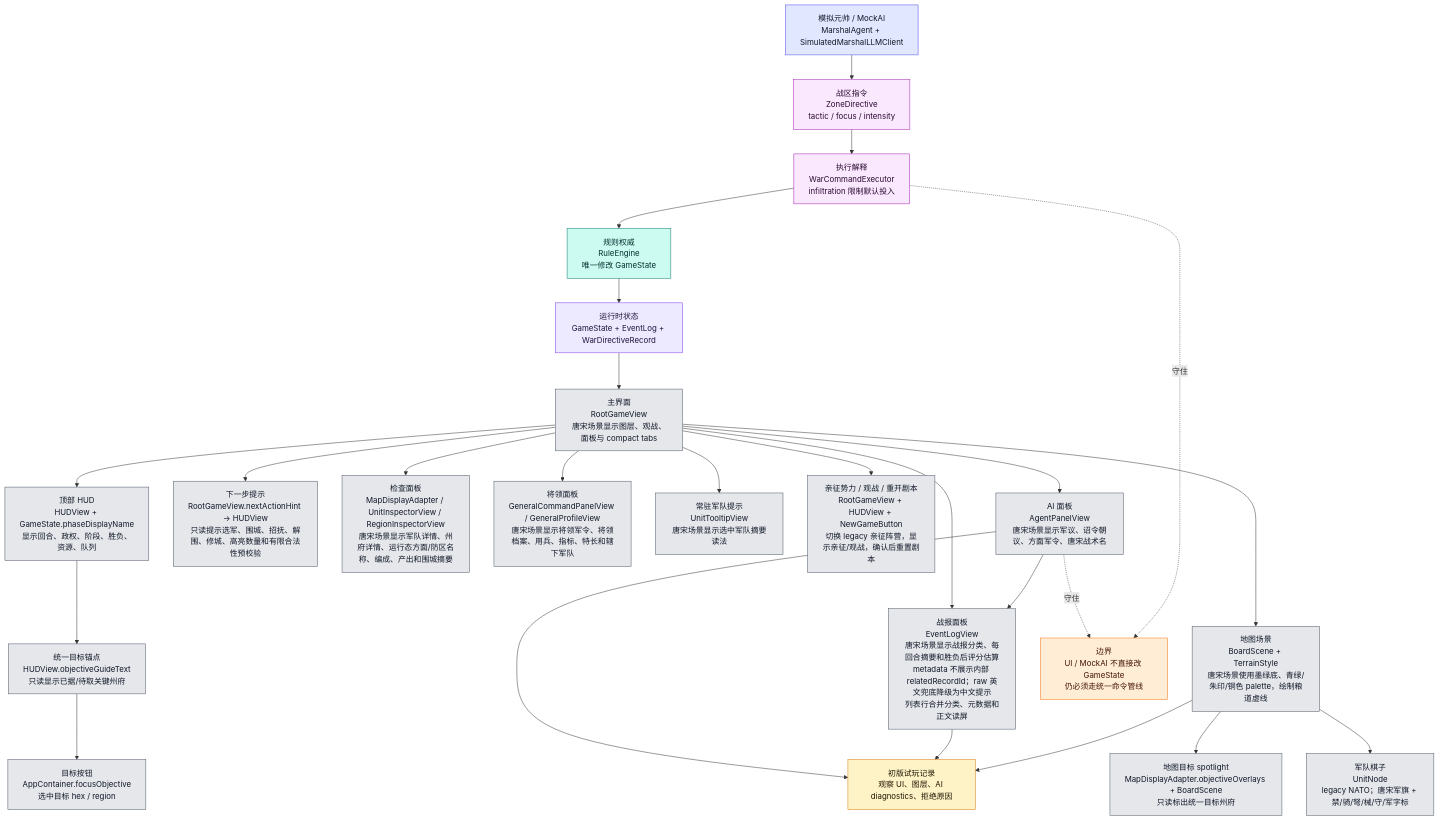
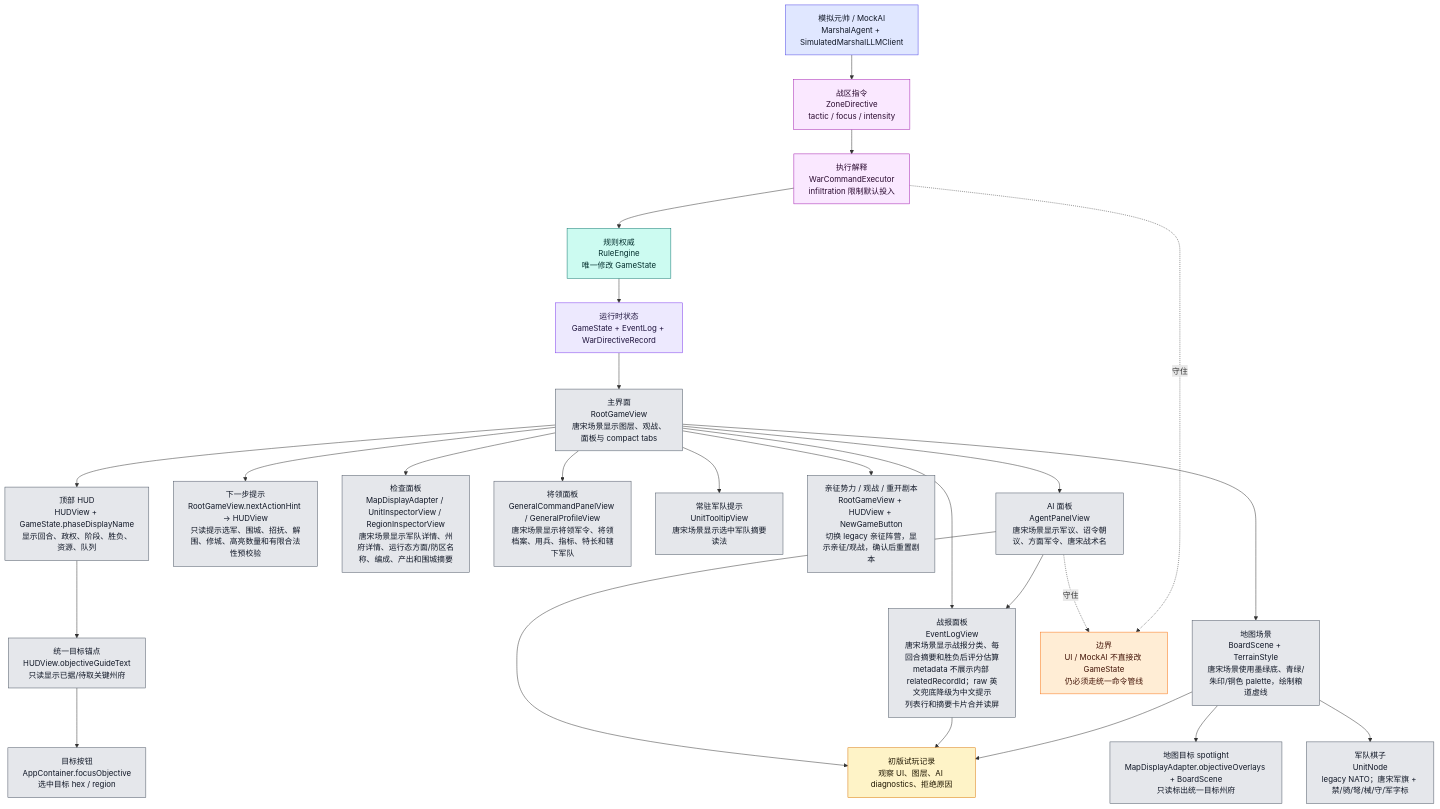
One commit to Altman-sam114/125 changed the tenth of 12 diagrams in md/flow/flowchart.md. Above: the diagram before and after it, drawn with Mermaid. The commit also changed other lines of this file and 6 other files, not shown here.

````diff
--- a/md/flow/flowchart.md
+++ b/md/flow/flowchart.md
@@ -599,54 +600,54 @@
 ```mermaid
 flowchart TD
     STATE["运行时状态<br/>GameState + EventLog + WarDirectiveRecord"]:::state
     ROOT["主界面<br/>RootGameView<br/>唐宋场景显示图层、观战、面板与 compact tabs"]:::ui
     HUD["顶部 HUD<br/>HUDView + GameState.phaseDisplayName<br/>显示回合、政权、阶段、胜负、资源、队列"]:::ui
     GOAL["统一目标锚点<br/>HUDView.objectiveGuideText<br/>只读显示已据/待取关键州府"]:::ui
     FOCUS["目标按钮<br/>AppContainer.focusObjective<br/>选中目标 hex / region"]:::ui
     SPOTLIGHT["地图目标 spotlight<br/>MapDisplayAdapter.objectiveOverlays + BoardScene<br/>只读标出统一目标州府"]:::ui
     HINT["下一步提示<br/>RootGameView.nextActionHint -> HUDView<br/>只读提示选军、围城、招抚、解围、修城、高亮数量和有限合法性预校验"]:::ui
     INSPECT["检查面板<br/>MapDisplayAdapter / UnitInspectorView / RegionInspectorView<br/>唐宋场景显示军队详情、州府详情、运行态方面/防区名称、编成、产出和围城摘要"]:::ui
     GENPANELS["将领面板<br/>GeneralCommandPanelView / GeneralProfileView<br/>唐宋场景显示将领军令、将领档案、用兵、指标、特长和辖下军队"]:::ui
     TOOLTIP["常驻军队提示<br/>UnitTooltipView<br/>唐宋场景显示选中军队摘要读法"]:::ui
     SESSIONHUD["亲征势力 / 观战 / 重开剧本<br/>RootGameView + HUDView + NewGameButton<br/>切换 legacy 亲征阵营，显示亲征/观战，确认后重置剧本"]:::ui
-    LOG["战报面板<br/>EventLogView<br/>唐宋场景显示战报分类、每回合摘要和胜负后评分估算<br/>metadata 不展示内部 relatedRecordId；raw 英文兜底降级为中文提示<br/>列表行合并分类、元数据和正文读屏"]:::ui
+    LOG["战报面板<br/>EventLogView<br/>唐宋场景显示战报分类、每回合摘要和胜负后评分估算<br/>metadata 不展示内部 relatedRecordId；raw 英文兜底降级为中文提示<br/>列表行和摘要卡片合并读屏"]:::ui
     AIUI["AI 面板<br/>AgentPanelView<br/>唐宋场景显示军议、诏令朝议、方面军令、唐宋战术名"]:::ui
     BOARD["地图场景<br/>BoardScene + TerrainStyle<br/>唐宋场景使用墨绿底、青绿/朱印/铜色 palette，绘制粮道虚线"]:::ui
     UNIT["军队棋子<br/>UnitNode<br/>legacy NATO；唐宋军旗 + 禁/骑/弩/械/守/军字标"]:::ui
     MARSHAL["模拟元帅 / MockAI<br/>MarshalAgent + SimulatedMarshalLLMClient"]:::ai
     ZD["战区指令<br/>ZoneDirective<br/>tactic / focus / intensity"]:::command
     WCE["执行解释<br/>WarCommandExecutor<br/>infiltration 限制默认投入"]:::command
     RULE["规则权威<br/>RuleEngine<br/>唯一修改 GameState"]:::rules
     PLAYTEST["初版试玩记录<br/>观察 UI、图层、AI diagnostics、拒绝原因"]:::doc
 
     STATE --> ROOT
     ROOT --> HUD
     HUD --> GOAL --> FOCUS
     BOARD --> SPOTLIGHT
     ROOT --> HINT
     ROOT --> INSPECT
     ROOT --> GENPANELS
     ROOT --> TOOLTIP
     ROOT --> SESSIONHUD
     ROOT --> LOG
     ROOT --> AIUI
     AIUI --> LOG
     ROOT --> BOARD
     BOARD --> UNIT
     MARSHAL --> ZD --> WCE --> RULE --> STATE
     AIUI --> PLAYTEST
     LOG --> PLAYTEST
     BOARD --> PLAYTEST
 
     WARN["边界<br/>UI / MockAI 不直接改 GameState<br/>仍必须走统一命令管线"]:::warn
     AIUI -.守住.-> WARN
     WCE -.守住.-> WARN
 
     classDef state fill:#ede9fe,stroke:#7c3aed,color:#1f143d
     classDef ui fill:#e5e7eb,stroke:#4b5563,color:#111827
     classDef ai fill:#e0e7ff,stroke:#4f46e5,color:#111827
     classDef command fill:#fae8ff,stroke:#a21caf,color:#2a0a2f
     classDef rules fill:#ccfbf1,stroke:#0f766e,color:#042f2e
     classDef doc fill:#fef3c7,stroke:#d97706,color:#1f1600
     classDef warn fill:#ffedd5,stroke:#f97316,color:#431407
 ```
````
